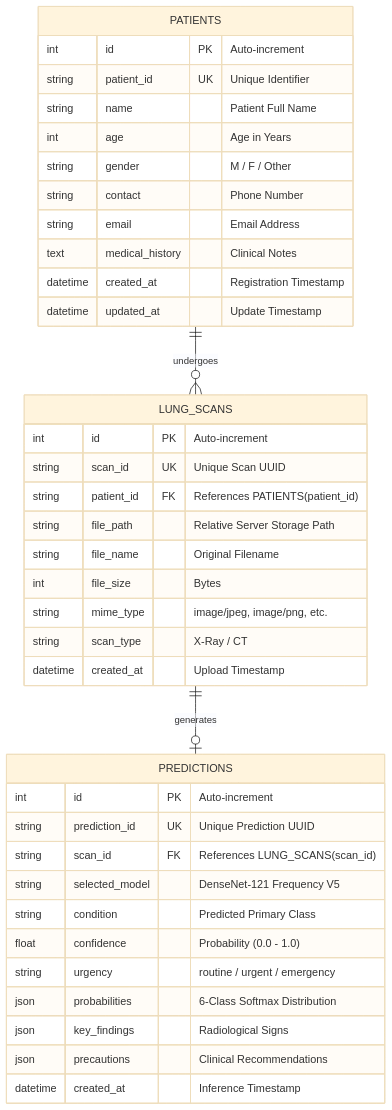
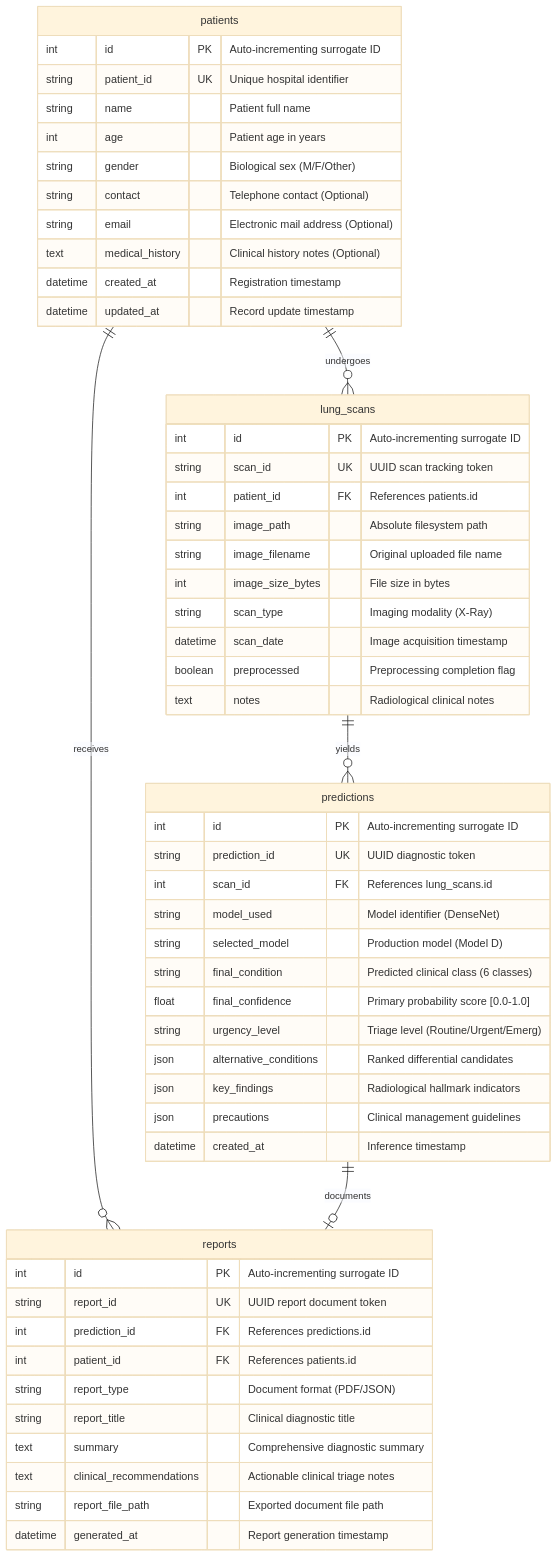
Before and after one commit to KSathwik/Lung_Disease_Detector: the diagram in docs/diagrams/source/database_er.mmd, drawn with Mermaid (base theme). The commit also changed 57 other files, not shown here.

First line of the commit message:
feat(release): finalize research deliverables, CXR gate, UML suite, and documentation

```diff
--- a/docs/diagrams/source/database_er.mmd
+++ b/docs/diagrams/source/database_er.mmd
@@ -1,42 +1,59 @@
 erDiagram
-    PATIENTS ||--o{ LUNG_SCANS : "undergoes"
-    LUNG_SCANS ||--o| PREDICTIONS : "generates"
+    patients ||--o{ lung_scans : "undergoes"
+    patients ||--o{ reports : "receives"
+    lung_scans ||--o{ predictions : "yields"
+    predictions ||--o| reports : "documents"
 
-    PATIENTS {
-        int id PK "Auto-increment"
-        string patient_id UK "Unique Identifier"
-        string name "Patient Full Name"
-        int age "Age in Years"
-        string gender "M / F / Other"
-        string contact "Phone Number"
-        string email "Email Address"
-        text medical_history "Clinical Notes"
-        datetime created_at "Registration Timestamp"
-        datetime updated_at "Update Timestamp"
+    patients {
+        int id PK "Auto-incrementing surrogate ID"
+        string patient_id UK "Unique hospital identifier"
+        string name "Patient full name"
+        int age "Patient age in years"
+        string gender "Biological sex (M/F/Other)"
+        string contact "Telephone contact (Optional)"
+        string email "Electronic mail address (Optional)"
+        text medical_history "Clinical history notes (Optional)"
+        datetime created_at "Registration timestamp"
+        datetime updated_at "Record update timestamp"
     }
 
-    LUNG_SCANS {
-        int id PK "Auto-increment"
-        string scan_id UK "Unique Scan UUID"
-        string patient_id FK "References PATIENTS(patient_id)"
-        string file_path "Relative Server Storage Path"
-        string file_name "Original Filename"
-        int file_size "Bytes"
-        string mime_type "image/jpeg, image/png, etc."
-        string scan_type "X-Ray / CT"
-        datetime created_at "Upload Timestamp"
+    lung_scans {
+        int id PK "Auto-incrementing surrogate ID"
+        string scan_id UK "UUID scan tracking token"
+        int patient_id FK "References patients.id"
+        string image_path "Absolute filesystem path"
+        string image_filename "Original uploaded file name"
+        int image_size_bytes "File size in bytes"
+        string scan_type "Imaging modality (X-Ray)"
+        datetime scan_date "Image acquisition timestamp"
+        boolean preprocessed "Preprocessing completion flag"
+        text notes "Radiological clinical notes"
     }
 
-    PREDICTIONS {
-        int id PK "Auto-increment"
-        string prediction_id UK "Unique Prediction UUID"
-        string scan_id FK "References LUNG_SCANS(scan_id)"
-        string selected_model "DenseNet-121 Frequency V5"
-        string condition "Predicted Primary Class"
-        float confidence "Probability (0.0 - 1.0)"
-        string urgency "routine / urgent / emergency"
-        json probabilities "6-Class Softmax Distribution"
-        json key_findings "Radiological Signs"
-        json precautions "Clinical Recommendations"
-        datetime created_at "Inference Timestamp"
+    predictions {
+        int id PK "Auto-incrementing surrogate ID"
+        string prediction_id UK "UUID diagnostic token"
+        int scan_id FK "References lung_scans.id"
+        string model_used "Model identifier (DenseNet)"
+        string selected_model "Production model (Model D)"
+        string final_condition "Predicted clinical class (6 classes)"
+        float final_confidence "Primary probability score [0.0-1.0]"
+        string urgency_level "Triage level (Routine/Urgent/Emerg)"
+        json alternative_conditions "Ranked differential candidates"
+        json key_findings "Radiological hallmark indicators"
+        json precautions "Clinical management guidelines"
+        datetime created_at "Inference timestamp"
     }
+
+    reports {
+        int id PK "Auto-incrementing surrogate ID"
+        string report_id UK "UUID report document token"
+        int prediction_id FK "References predictions.id"
+        int patient_id FK "References patients.id"
+        string report_type "Document format (PDF/JSON)"
+        string report_title "Clinical diagnostic title"
+        text summary "Comprehensive diagnostic summary"
+        text clinical_recommendations "Actionable clinical triage notes"
+        string report_file_path "Exported document file path"
+        datetime generated_at "Report generation timestamp"
+    }
```
